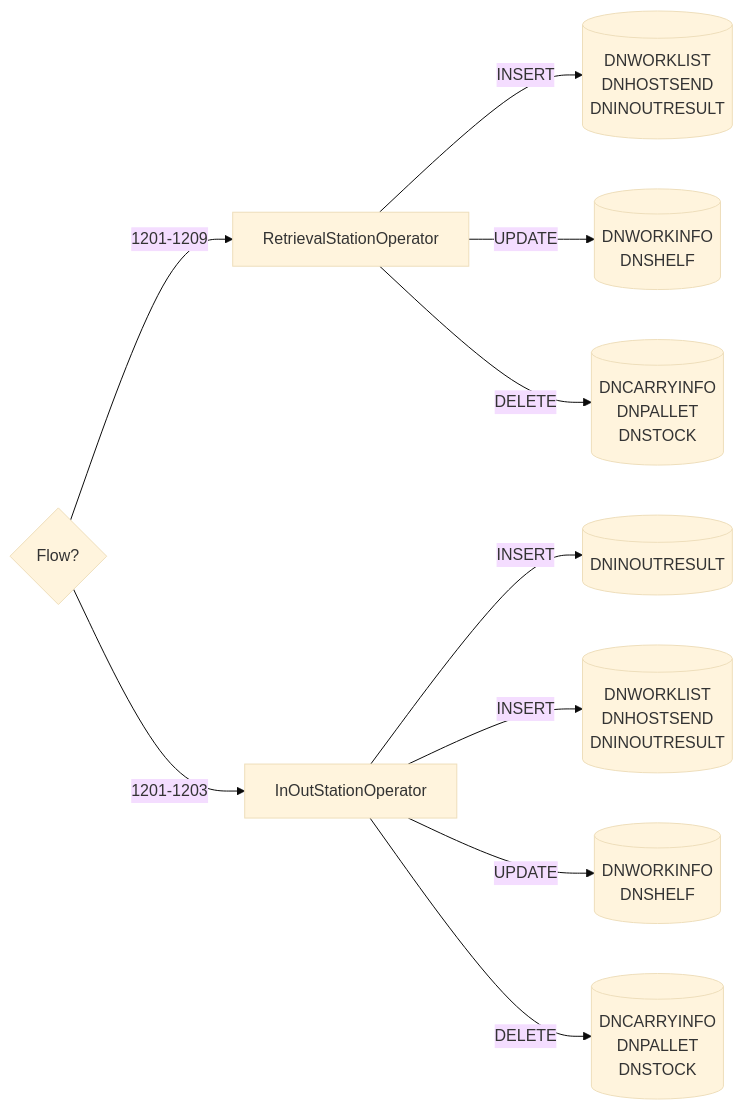
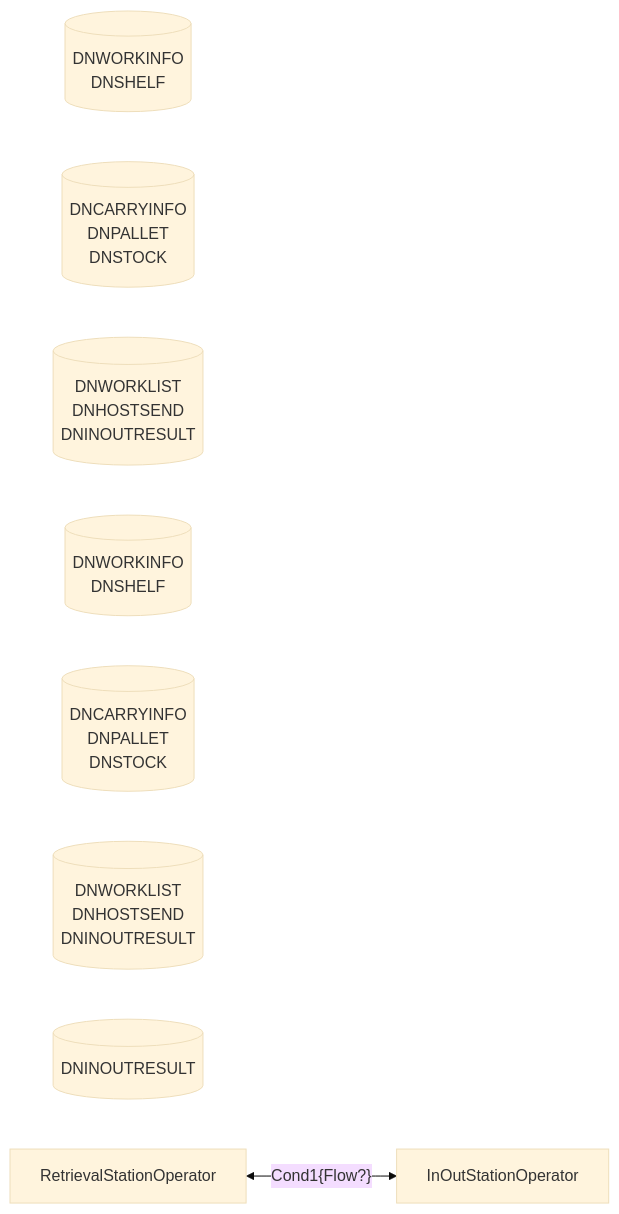
Diagram 20 of 20 in Basic-Design/DFD-WMS/Retrieval/Specific-Location-Retrieval-Setting.md (luthfiadityaa/SimeDarby-Wiki), drawn with Mermaid (base theme) before and after one commit. The commit also changed other lines of this file, not shown here.

Commit message:
Updated Specific Location Retrieval Setting

```diff
--- a/Basic-Design/DFD-WMS/Retrieval/Specific-Location-Retrieval-Setting.md
+++ b/Basic-Design/DFD-WMS/Retrieval/Specific-Location-Retrieval-Setting.md
@@ -853,53 +853,44 @@
 ::: mermaid
 flowchart LR
 
 id26-update[("
 DNWORKINFO
 DNSHELF
 ")]
 
 id26-delete[("
 DNCARRYINFO
 DNPALLET
 DNSTOCK
 ")]
 
 id26-insert[("
 DNWORKLIST
 DNHOSTSEND
 DNINOUTRESULT
 ")]
 
 id26-update2[("
 DNWORKINFO
 DNSHELF
 ")]
 
 id26-delete2[("
 DNCARRYINFO
 DNPALLET
 DNSTOCK
 ")]
 
 id26-insert3[("
 DNWORKLIST
 DNHOSTSEND
 DNINOUTRESULT
 ")]
 
 id26-insert2[("
 DNINOUTRESULT
 ")]
 
-RetrievalStationOperator--> |INSERT| id26-insert
-RetrievalStationOperator--> |UPDATE| id26-update
-RetrievalStationOperator--> |DELETE| id26-delete
+RetrievalStationOperator <-- Cond1{Flow?} --> InOutStationOperator 
 
-Cond1{Flow?} --> |1201-1209| RetrievalStationOperator
-Cond1{Flow?} --> |1201-1203| InOutStationOperator
-
-InOutStationOperator--> |INSERT| id26-insert2
-InOutStationOperator--> |INSERT| id26-insert3
-InOutStationOperator--> |UPDATE| id26-update2
-InOutStationOperator--> |DELETE| id26-delete2
 :::
```
